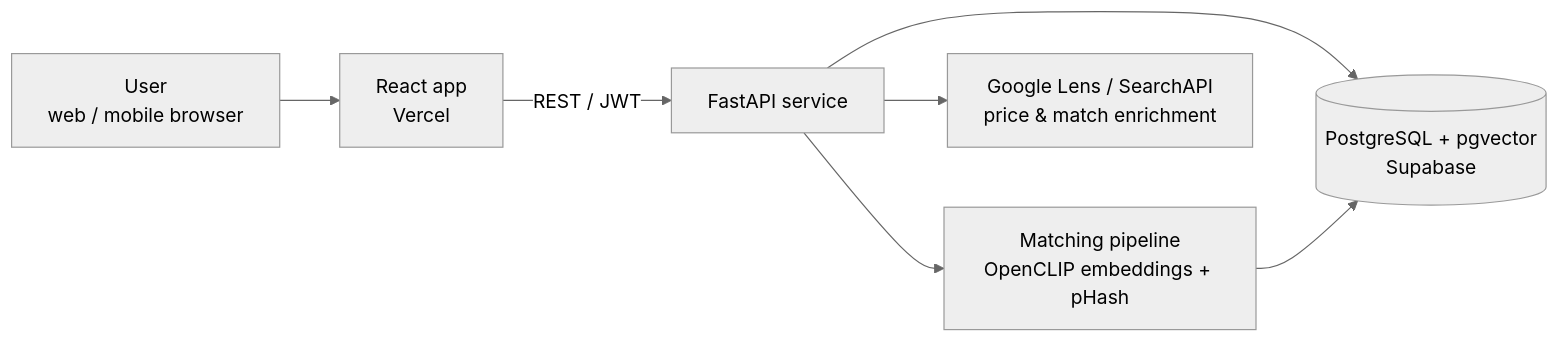
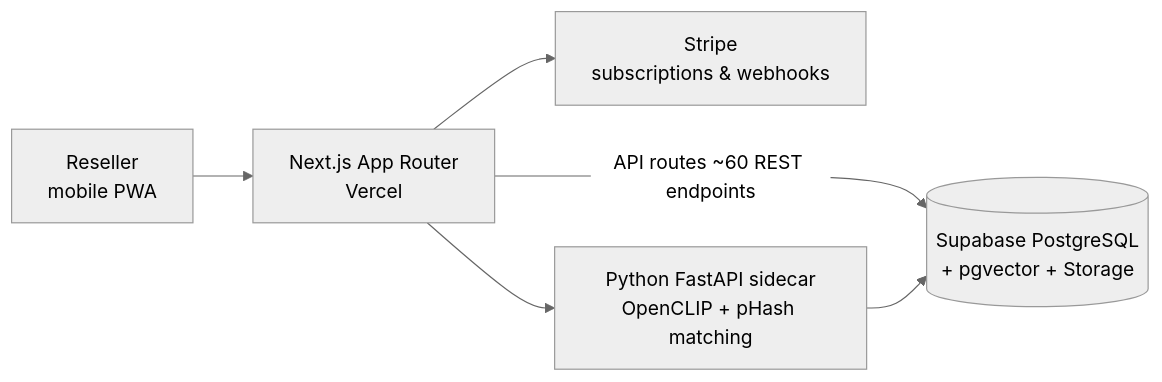
Before and after one commit to Llovos/yanni-case-study: the diagram in README.md, drawn with Mermaid (neutral theme). The commit also changed other lines of this file and 2 other files, not shown here.

Commit message:
Rewrite case study to match actual product: inventory/POS platform, Next.js stack, VST prior art

````diff
--- a/README.md
+++ b/README.md
@@ -44,9 +55,8 @@
 ```mermaid
 flowchart LR
-    U[User<br/>web / mobile browser] --> FE[React app<br/>Vercel]
-    FE -->|REST / JWT| API[FastAPI service]
-    API --> DB[(PostgreSQL + pgvector<br/>Supabase)]
-    API --> ML[Matching pipeline<br/>OpenCLIP embeddings + pHash]
+    U[Reseller<br/>mobile PWA] --> FE[Next.js App Router<br/>Vercel]
+    FE -->|API routes ~60 REST endpoints| DB[(Supabase PostgreSQL<br/>+ pgvector + Storage)]
+    FE --> ST[Stripe<br/>subscriptions & webhooks]
+    FE --> ML[Python FastAPI sidecar<br/>OpenCLIP + pHash matching]
     ML --> DB
-    API --> EXT[Google Lens / SearchAPI<br/>price & match enrichment]
 ```
````
